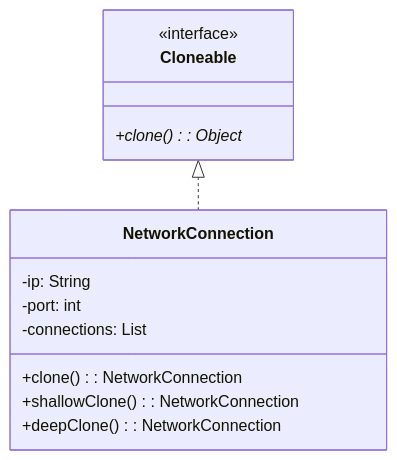
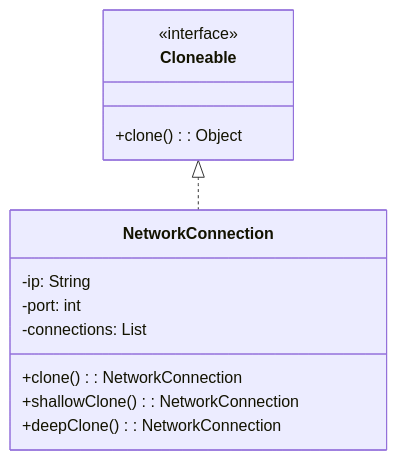
The diagram in LLD/DesignPattern/creationalDesign/prototypePattern/UML/ClassDiagram.md (shahbaz8584/low-level-design), drawn with Mermaid before and after one commit. The commit also changed 4393 other files, not shown here.

Commit message:
docs: regenerate PDF with SVG diagrams and add pattern references

````diff
--- a/LLD/DesignPattern/creationalDesign/prototypePattern/UML/ClassDiagram.md
+++ b/LLD/DesignPattern/creationalDesign/prototypePattern/UML/ClassDiagram.md
@@ -3,18 +3,18 @@
 ```mermaid
 classDiagram
     class Cloneable {
         <<interface>>
-        +clone(): Object*
+        +clone(): Object
     }
-    
+
     class NetworkConnection {
         -ip: String
         -port: int
         -connections: List
         +clone(): NetworkConnection
         +shallowClone(): NetworkConnection
         +deepClone(): NetworkConnection
     }
-    
+
     Cloneable <|.. NetworkConnection
 ```
````
